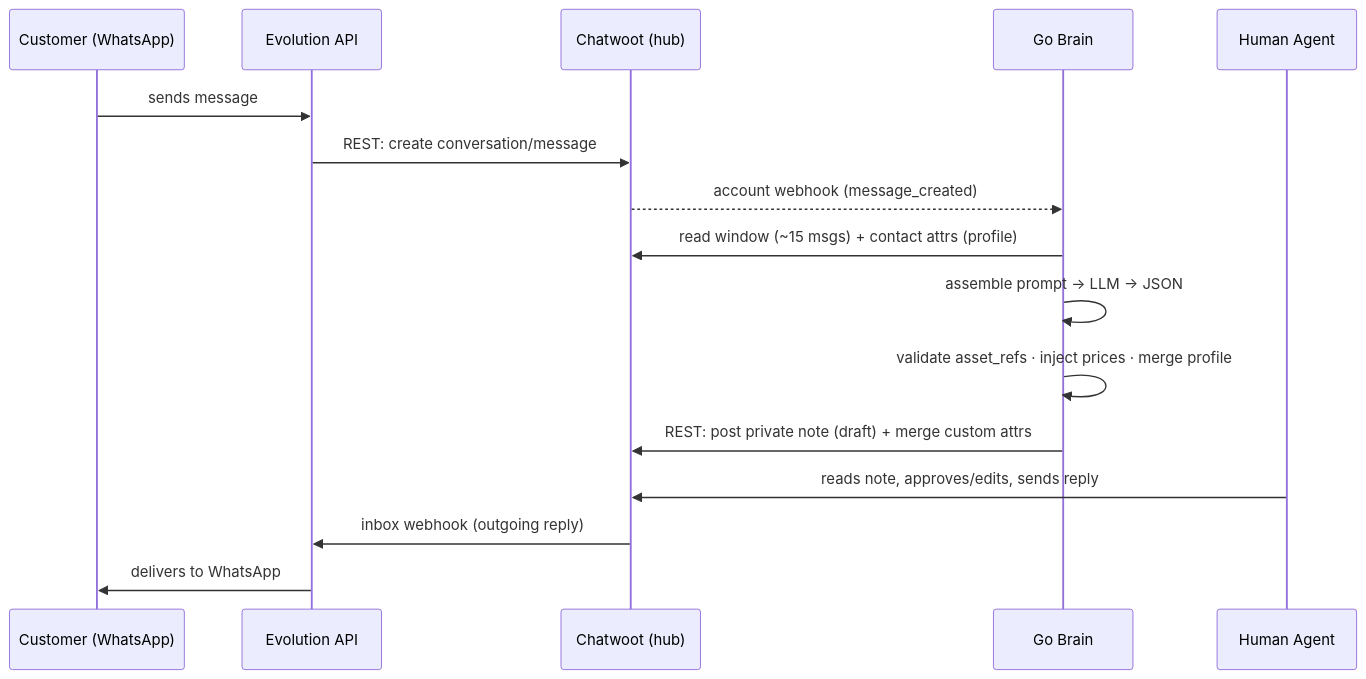
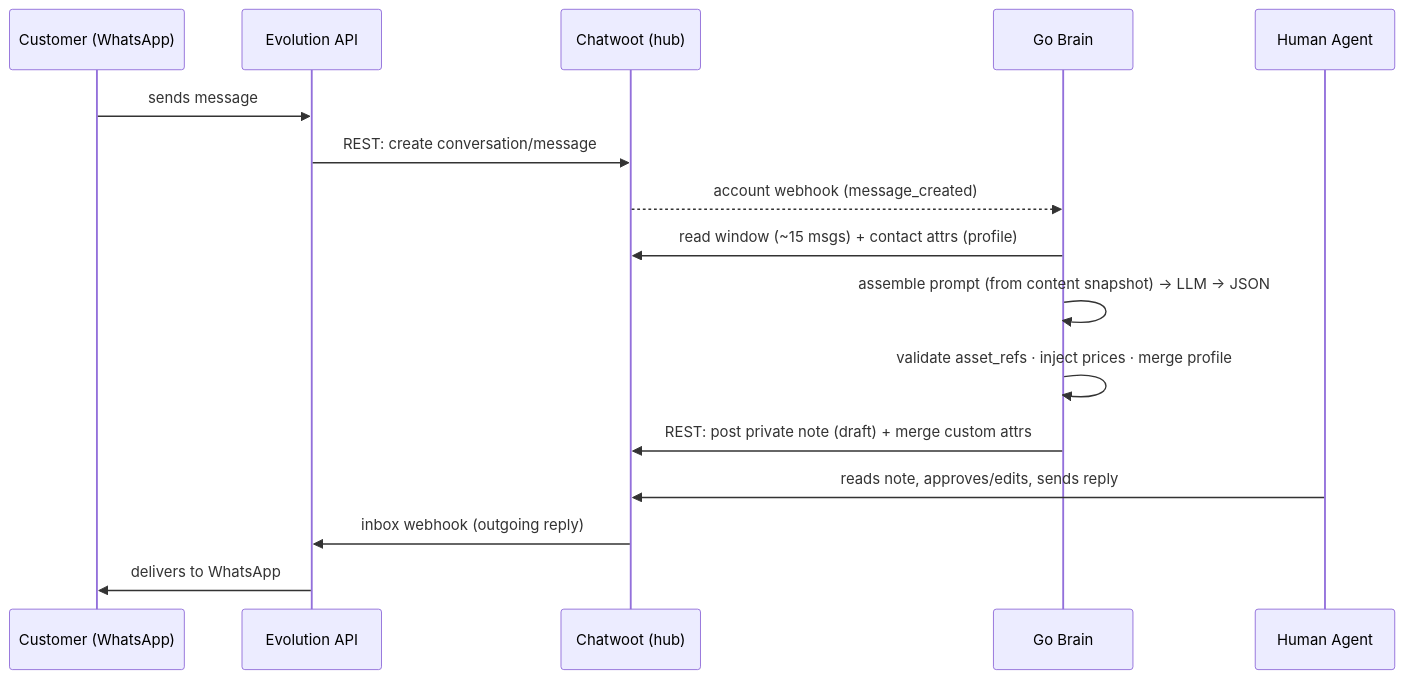
One commit to yerassyldanay/xpayment-crm changed the diagram in docs/README.md. Above: the diagram before and after it, drawn with Mermaid. The commit also changed other lines of this file and 10 other files, not shown here.

````diff
--- a/docs/README.md
+++ b/docs/README.md
@@ -88,19 +87,19 @@
 ```mermaid
 sequenceDiagram
     participant C as Customer (WhatsApp)
     participant E as Evolution API
     participant CW as Chatwoot (hub)
     participant B as Go Brain
     participant A as Human Agent
 
     C->>E: sends message
     E->>CW: REST: create conversation/message
     CW-->>B: account webhook (message_created)
     B->>CW: read window (~15 msgs) + contact attrs (profile)
-    B->>B: assemble prompt → LLM → JSON
+    B->>B: assemble prompt (from content snapshot) → LLM → JSON
     B->>B: validate asset_refs · inject prices · merge profile
     B->>CW: REST: post private note (draft) + merge custom attrs
     A->>CW: reads note, approves/edits, sends reply
     CW->>E: inbox webhook (outgoing reply)
     E->>C: delivers to WhatsApp
 ```
````
